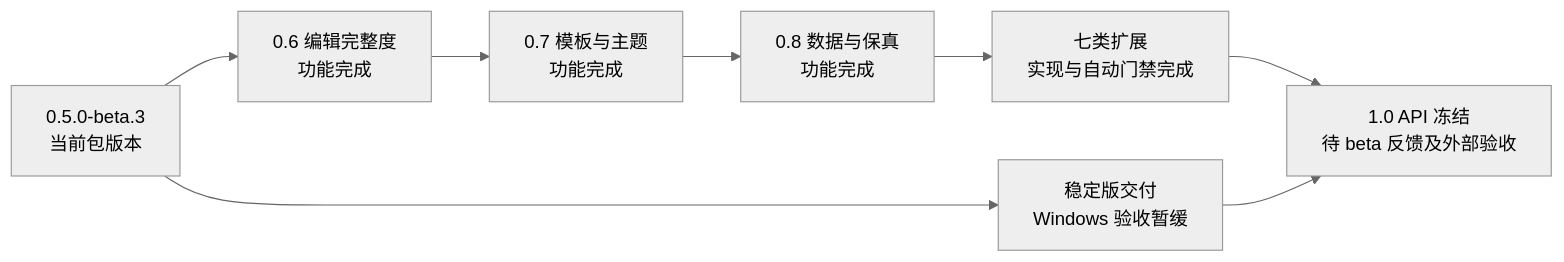
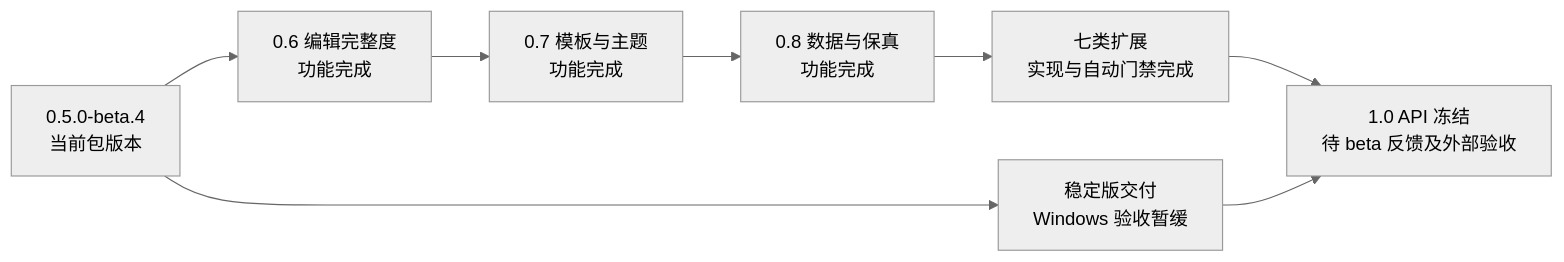
One commit to unStone/web-ppt changed the second of 3 diagrams in docs/roadmap.md. Above: the diagram before and after it, drawn with Mermaid (neutral theme). The commit also changed other lines of this file and 11 other files, not shown here.

````diff
--- a/docs/roadmap.md
+++ b/docs/roadmap.md
@@ -188,10 +188,10 @@
 ```mermaid
 flowchart LR
-    B["0.5.0-beta.3<br/>当前包版本"] --> V6["0.6 编辑完整度<br/>功能完成"]
+    B["0.5.0-beta.4<br/>当前包版本"] --> V6["0.6 编辑完整度<br/>功能完成"]
     V6 --> V7["0.7 模板与主题<br/>功能完成"]
     V7 --> V8["0.8 数据与保真<br/>功能完成"]
     V8 --> X["七类扩展<br/>实现与自动门禁完成"]
     B --> S["稳定版交付<br/>Windows 验收暂缓"]
     X --> V1["1.0 API 冻结<br/>待 beta 反馈及外部验收"]
     S --> V1
 ```
````
